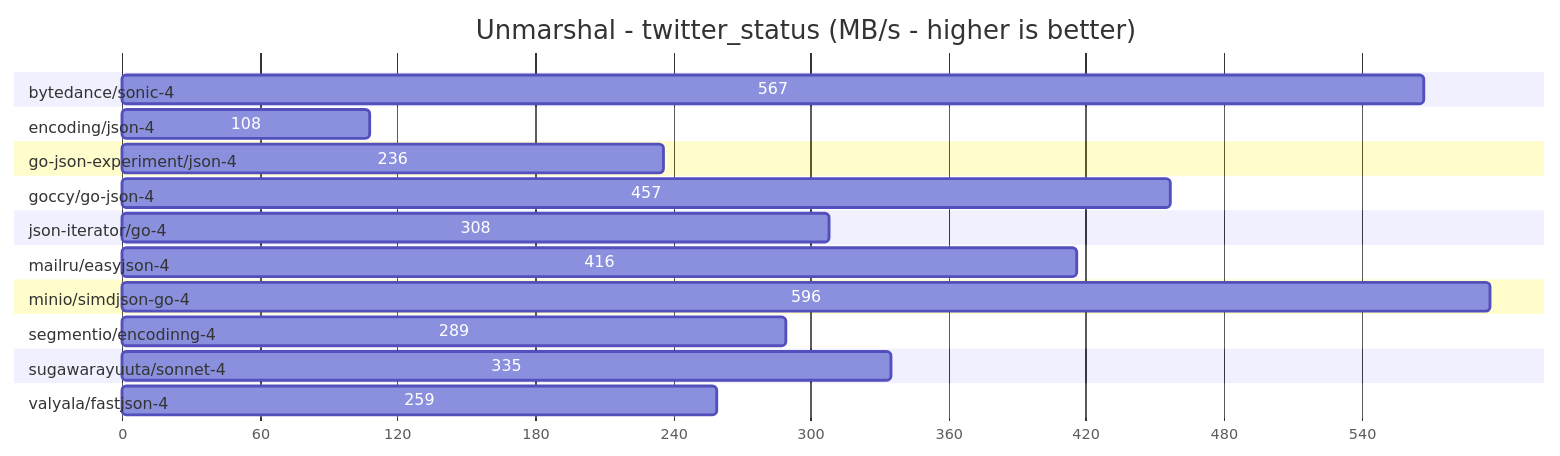
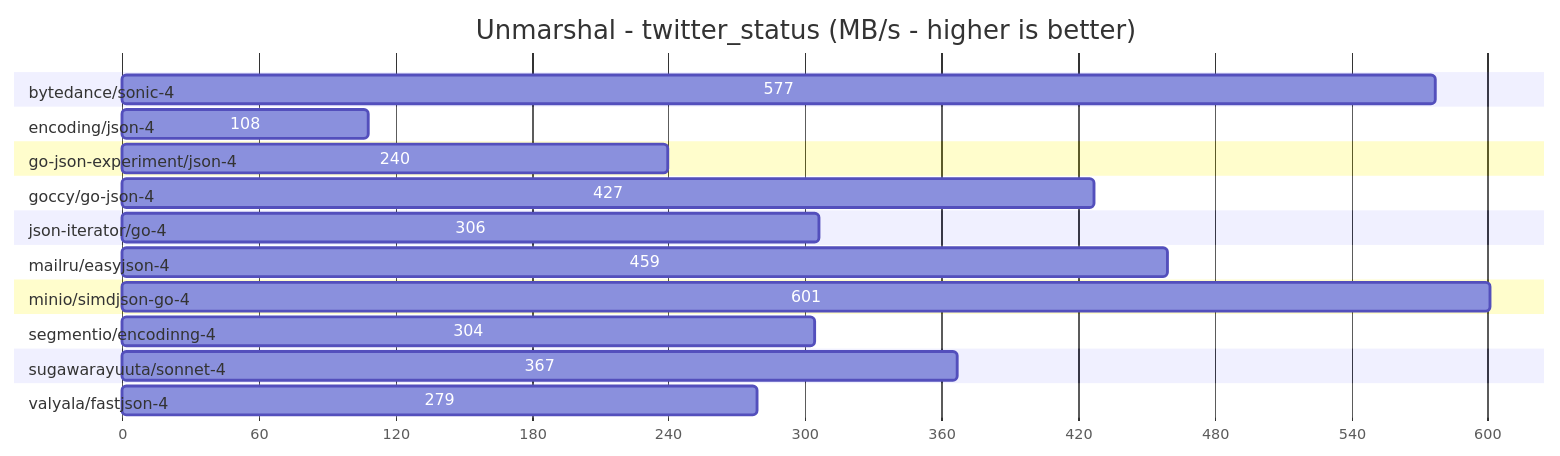
Diagram 12 of 12 in README.md (sugawarayuuta/benchmark), drawn with Mermaid before and after one commit. The commit also changed other lines of this file and 3 other files, not shown here.

````diff
--- a/README.md
+++ b/README.md
@@ -297,27 +297,27 @@
 ```mermaid
 gantt
 title Unmarshal - twitter_status (MB/s - higher is better)
 dateFormat X
 axisFormat %s
 
 section bytedance/sonic-4                
-567 :0, 567
+577 :0, 577
 section encoding/json-4                  
 108 :0, 108
 section go-json-experiment/json-4        
-236 :0, 236
+240 :0, 240
 section goccy/go-json-4                  
-457 :0, 457
+427 :0, 427
 section json-iterator/go-4               
-308 :0, 308
+306 :0, 306
 section mailru/easyjson-4                
-416 :0, 416
+459 :0, 459
 section minio/simdjson-go-4              
-596 :0, 596
+601 :0, 601
 section segmentio/encodinng-4            
-289 :0, 289
+304 :0, 304
 section sugawarayuuta/sonnet-4           
-335 :0, 335
+367 :0, 367
 section valyala/fastjson-4               
-259 :0, 259
+279 :0, 279
 ```
````
